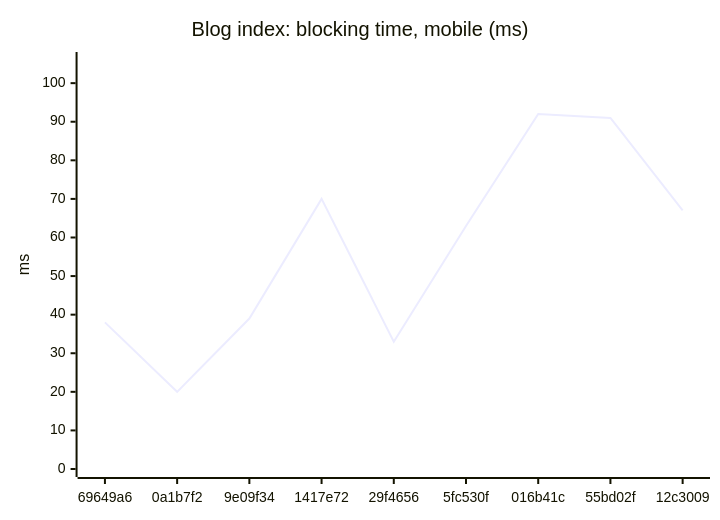
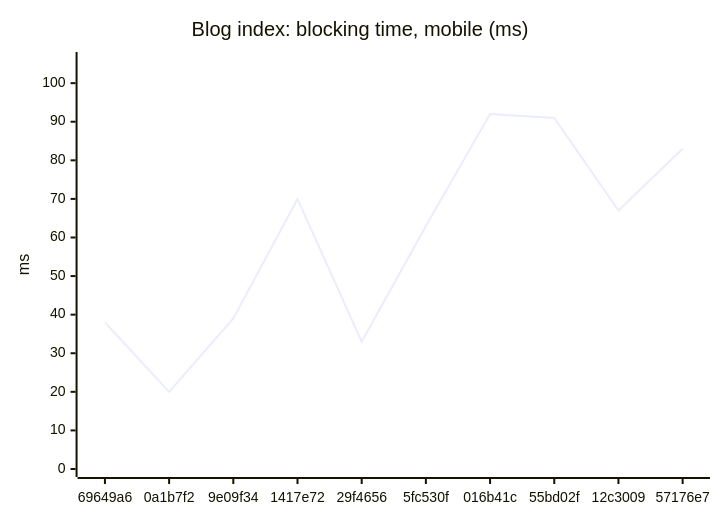
Before and after one commit to AxelUser/maltsev.space: the fourth of 18 diagrams in README.md, drawn with Mermaid. The commit also changed other lines of this file and 1 other file, not shown here.

````diff
--- a/README.md
+++ b/README.md
@@ -61,7 +61,7 @@
 ```mermaid
 xychart-beta
   title "Blog index: blocking time, mobile (ms)"
-  x-axis ["69649a6", "0a1b7f2", "9e09f34", "1417e72", "29f4656", "5fc530f", "016b41c", "55bd02f", "12c3009"]
+  x-axis ["69649a6", "0a1b7f2", "9e09f34", "1417e72", "29f4656", "5fc530f", "016b41c", "55bd02f", "12c3009", "57176e7"]
   y-axis "ms" 0 --> 106
-  line [38, 20, 39, 70, 33, 63, 92, 91, 67]
+  line [38, 20, 39, 70, 33, 63, 92, 91, 67, 83]
 ```
````
